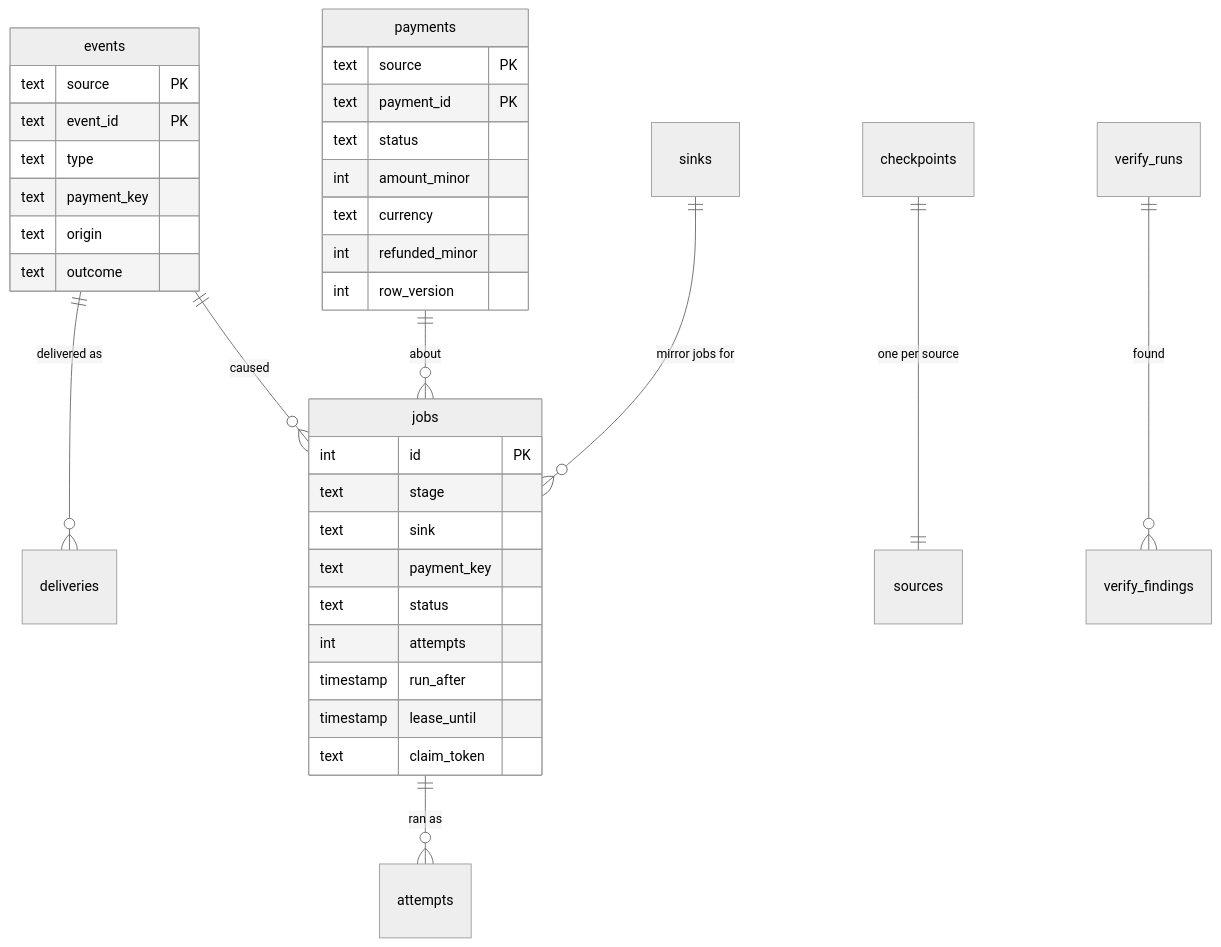
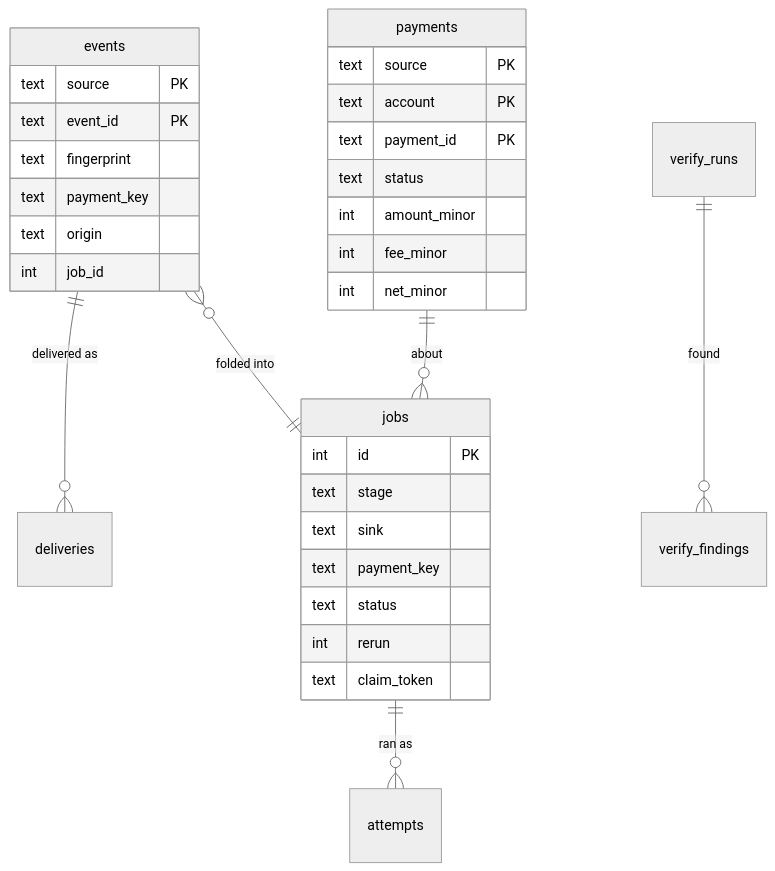
Before and after one commit to lalitkarthik/webhook-sync: the diagram in docs/design/data-model.md, drawn with Mermaid (neutral theme). The commit also changed other lines of this file and 23 other files, not shown here.

````diff
--- a/docs/design/data-model.md
+++ b/docs/design/data-model.md
@@ -9,38 +9,34 @@
 ```mermaid
 erDiagram
   events ||--o{ deliveries : "delivered as"
-  events ||--o{ jobs : "caused"
+  events }o--|| jobs : "folded into"
   jobs ||--o{ attempts : "ran as"
   payments ||--o{ jobs : "about"
-  sinks ||--o{ jobs : "mirror jobs for"
-  checkpoints ||--|| sources : "one per source"
   verify_runs ||--o{ verify_findings : "found"
   events {
     text source PK
     text event_id PK
-    text type
+    text fingerprint
     text payment_key
     text origin
-    text outcome
+    int job_id
   }
   jobs {
     int id PK
     text stage
     text sink
     text payment_key
     text status
-    int attempts
-    timestamp run_after
-    timestamp lease_until
+    int rerun
     text claim_token
   }
   payments {
     text source PK
+    text account PK
     text payment_id PK
     text status
     int amount_minor
-    text currency
-    int refunded_minor
-    int row_version
+    int fee_minor
+    int net_minor
   }
 ```
````
